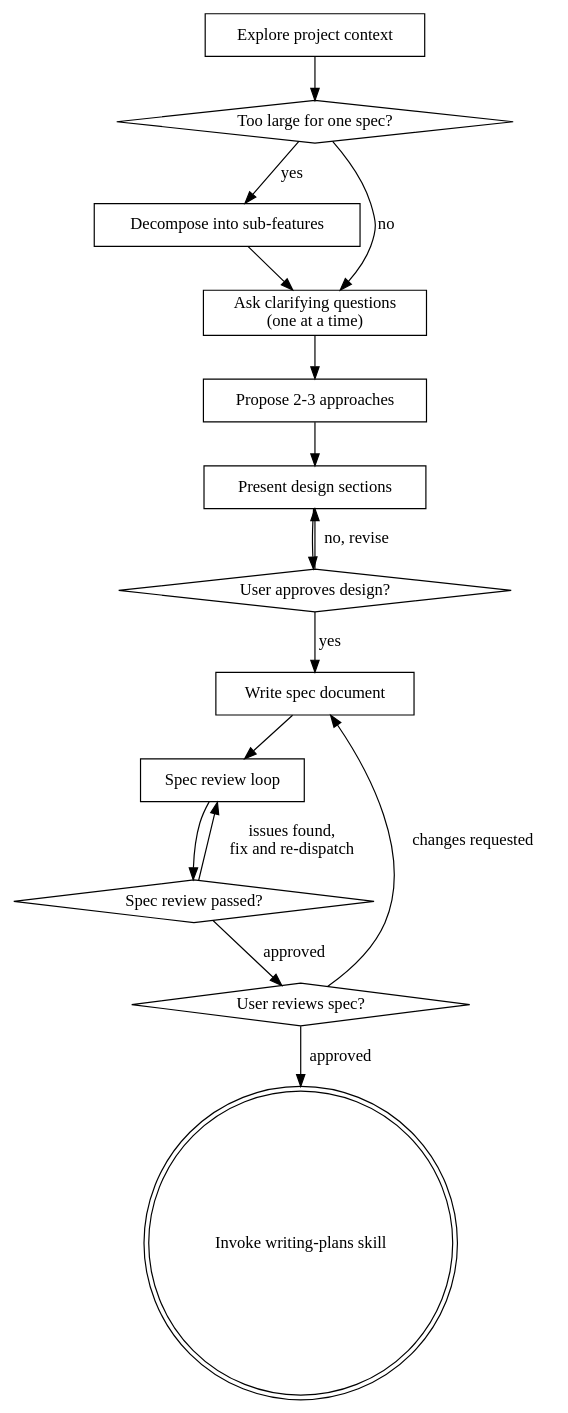
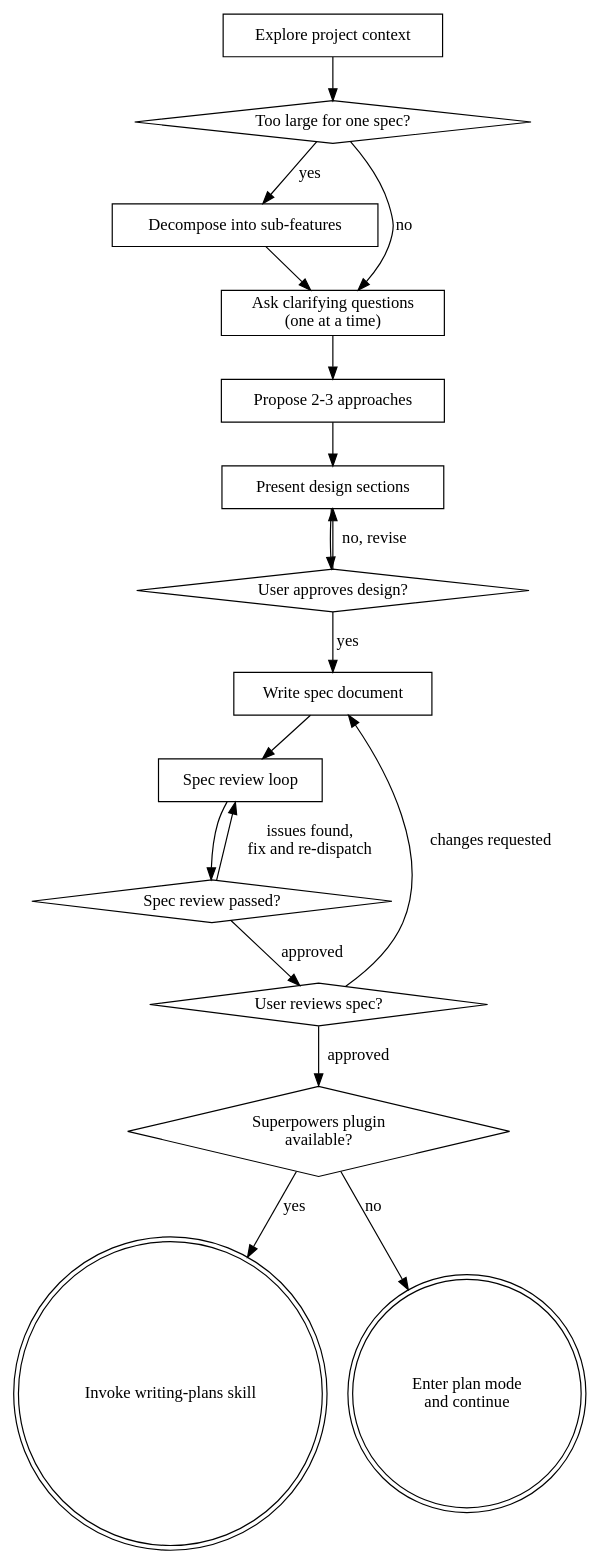
One commit to varn0/devflow changed the diagram in agents/architect.md. Above: the diagram before and after it, drawn with Graphviz. The commit also changed other lines of this file, not shown here.

First line of the commit message:
feat(architect): detect superpowers plugin for implementation planning

````diff
--- a/agents/architect.md
+++ b/agents/architect.md
@@ -40,32 +40,36 @@
 ```dot
 digraph architect {
     "Explore project context" [shape=box];
     "Too large for one spec?" [shape=diamond];
     "Decompose into sub-features" [shape=box];
     "Ask clarifying questions\n(one at a time)" [shape=box];
     "Propose 2-3 approaches" [shape=box];
     "Present design sections" [shape=box];
     "User approves design?" [shape=diamond];
     "Write spec document" [shape=box];
     "Spec review loop" [shape=box];
     "Spec review passed?" [shape=diamond];
     "User reviews spec?" [shape=diamond];
+    "Superpowers plugin\navailable?" [shape=diamond];
     "Invoke writing-plans skill" [shape=doublecircle];
+    "Enter plan mode\nand continue" [shape=doublecircle];
 
     "Explore project context" -> "Too large for one spec?";
     "Too large for one spec?" -> "Decompose into sub-features" [label="yes"];
     "Too large for one spec?" -> "Ask clarifying questions\n(one at a time)" [label="no"];
     "Decompose into sub-features" -> "Ask clarifying questions\n(one at a time)";
     "Ask clarifying questions\n(one at a time)" -> "Propose 2-3 approaches";
     "Propose 2-3 approaches" -> "Present design sections";
     "Present design sections" -> "User approves design?";
     "User approves design?" -> "Present design sections" [label="no, revise"];
     "User approves design?" -> "Write spec document" [label="yes"];
     "Write spec document" -> "Spec review loop";
     "Spec review loop" -> "Spec review passed?";
     "Spec review passed?" -> "Spec review loop" [label="issues found,\nfix and re-dispatch"];
     "Spec review passed?" -> "User reviews spec?" [label="approved"];
     "User reviews spec?" -> "Write spec document" [label="changes requested"];
-    "User reviews spec?" -> "Invoke writing-plans skill" [label="approved"];
+    "User reviews spec?" -> "Superpowers plugin\navailable?" [label="approved"];
+    "Superpowers plugin\navailable?" -> "Invoke writing-plans skill" [label="yes"];
+    "Superpowers plugin\navailable?" -> "Enter plan mode\nand continue" [label="no"];
 }
 ```
````
